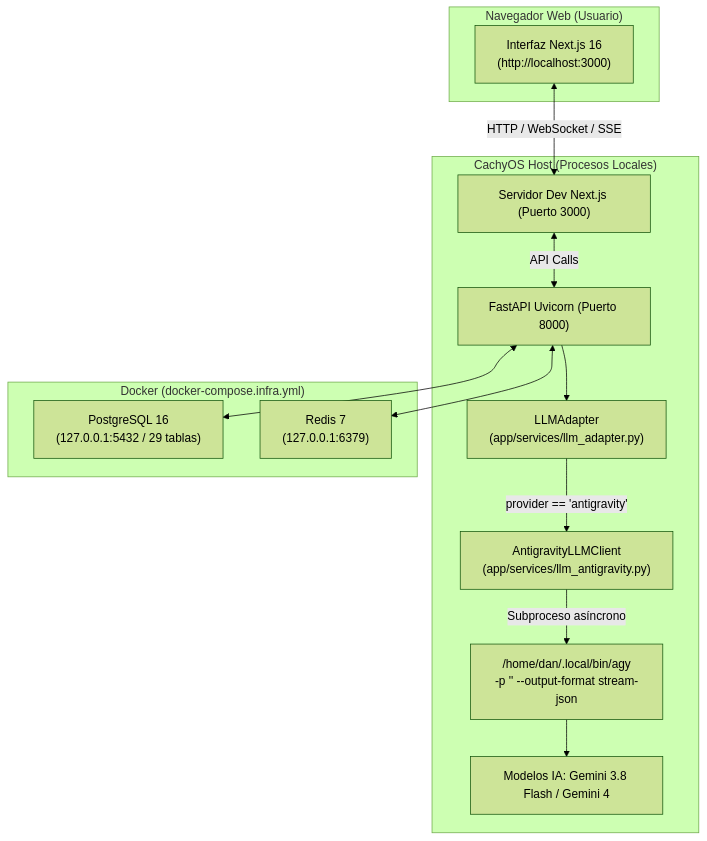
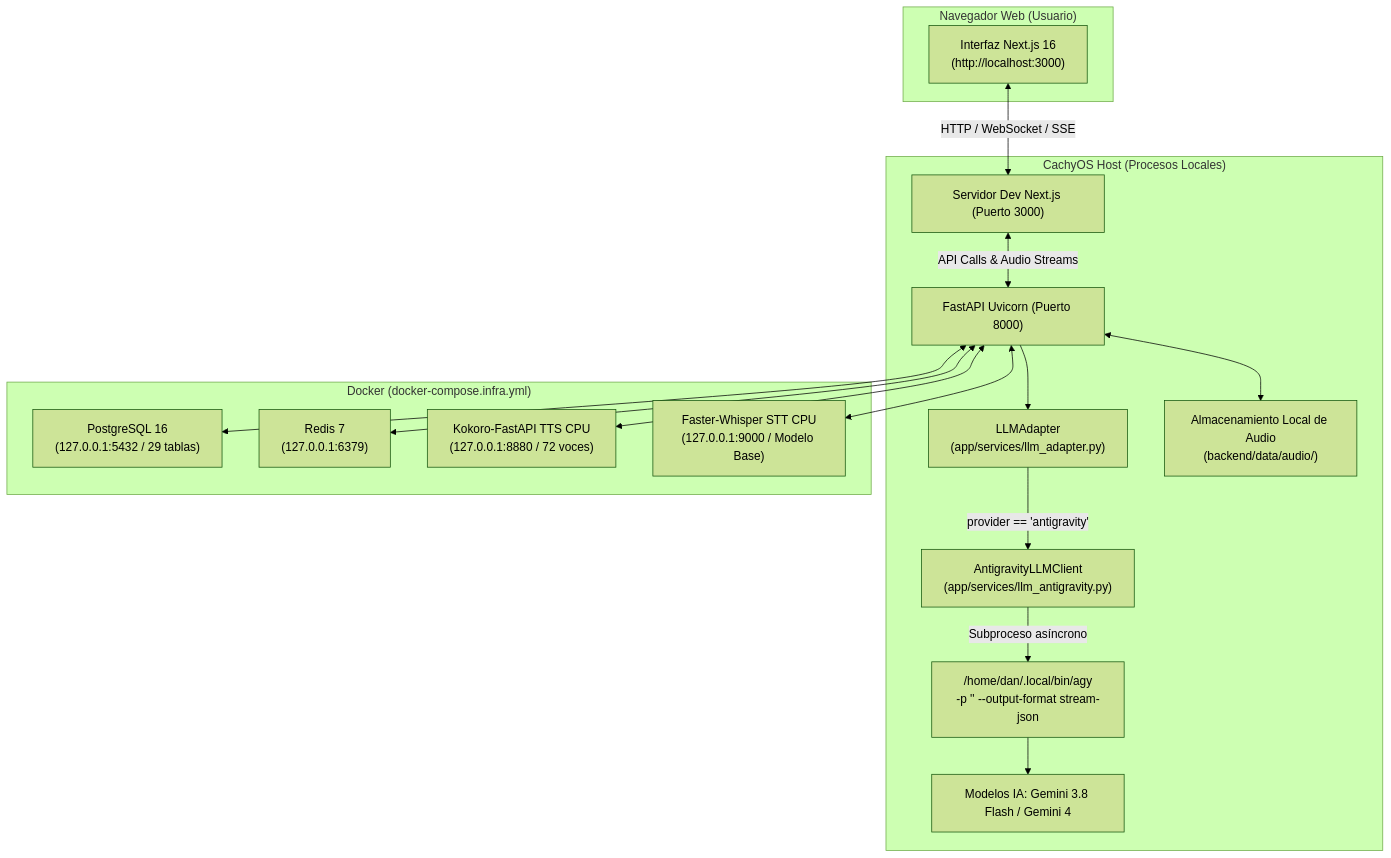
Before and after one commit to Daniel-Cossio/freelingo: the diagram in docs/AGY_INTEGRATION.md, drawn with Mermaid (forest theme). The commit also changed other lines of this file and 7 other files, not shown here.

Commit message:
feat: integrate local Kokoro TTS & Whisper STT, fix audio persistence cache and enable voice conversation with Lingu

````diff
--- a/docs/AGY_INTEGRATION.md
+++ b/docs/AGY_INTEGRATION.md
@@ -30,29 +30,35 @@
 ```mermaid
 flowchart TD
     subgraph Browser ["Navegador Web (Usuario)"]
         UI["Interfaz Next.js 16\n(http://localhost:3000)"]
     end
 
     subgraph Host ["CachyOS Host (Procesos Locales)"]
         FrontendDev["Servidor Dev Next.js (Puerto 3000)"]
         BackendDev["FastAPI Uvicorn (Puerto 8000)"]
         LLMAdapter["LLMAdapter\n(app/services/llm_adapter.py)"]
         AGYClient["AntigravityLLMClient\n(app/services/llm_antigravity.py)"]
         AGYBin["/home/dan/.local/bin/agy\n-p '<prompt>' --output-format stream-json"]
         GeminiCore["Modelos IA: Gemini 3.8 Flash / Gemini 4"]
+        AudioStorage["Almacenamiento Local de Audio\n(backend/data/audio/)"]
     end
 
     subgraph Docker ["Docker (docker-compose.infra.yml)"]
         PG["PostgreSQL 16\n(127.0.0.1:5432 / 29 tablas)"]
         RD["Redis 7\n(127.0.0.1:6379)"]
+        Kokoro["Kokoro-FastAPI TTS CPU\n(127.0.0.1:8880 / 72 voces)"]
+        Whisper["Faster-Whisper STT CPU\n(127.0.0.1:9000 / Modelo Base)"]
     end
 
     UI <-->|HTTP / WebSocket / SSE| FrontendDev
-    FrontendDev <-->|API Calls| BackendDev
+    FrontendDev <-->|API Calls & Audio Streams| BackendDev
     BackendDev <--> PG
     BackendDev <--> RD
+    BackendDev <--> Kokoro
+    BackendDev <--> Whisper
+    BackendDev <--> AudioStorage
     BackendDev --> LLMAdapter
     LLMAdapter -->|"provider == 'antigravity'"| AGYClient
     AGYClient -->|Subproceso asíncrono| AGYBin
     AGYBin --> GeminiCore
 ```
````
